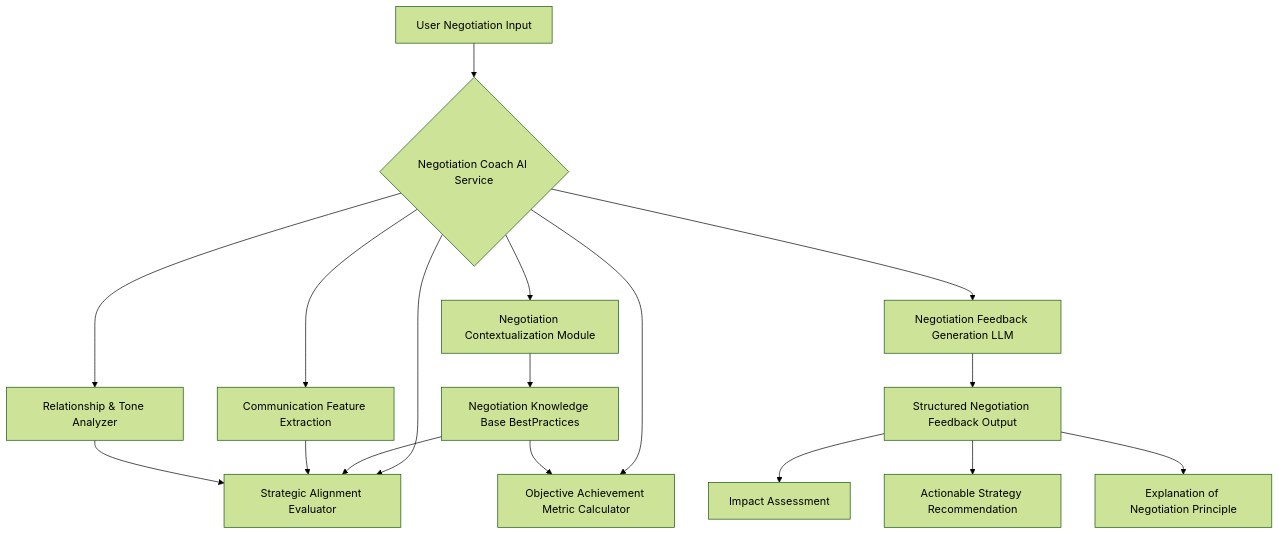
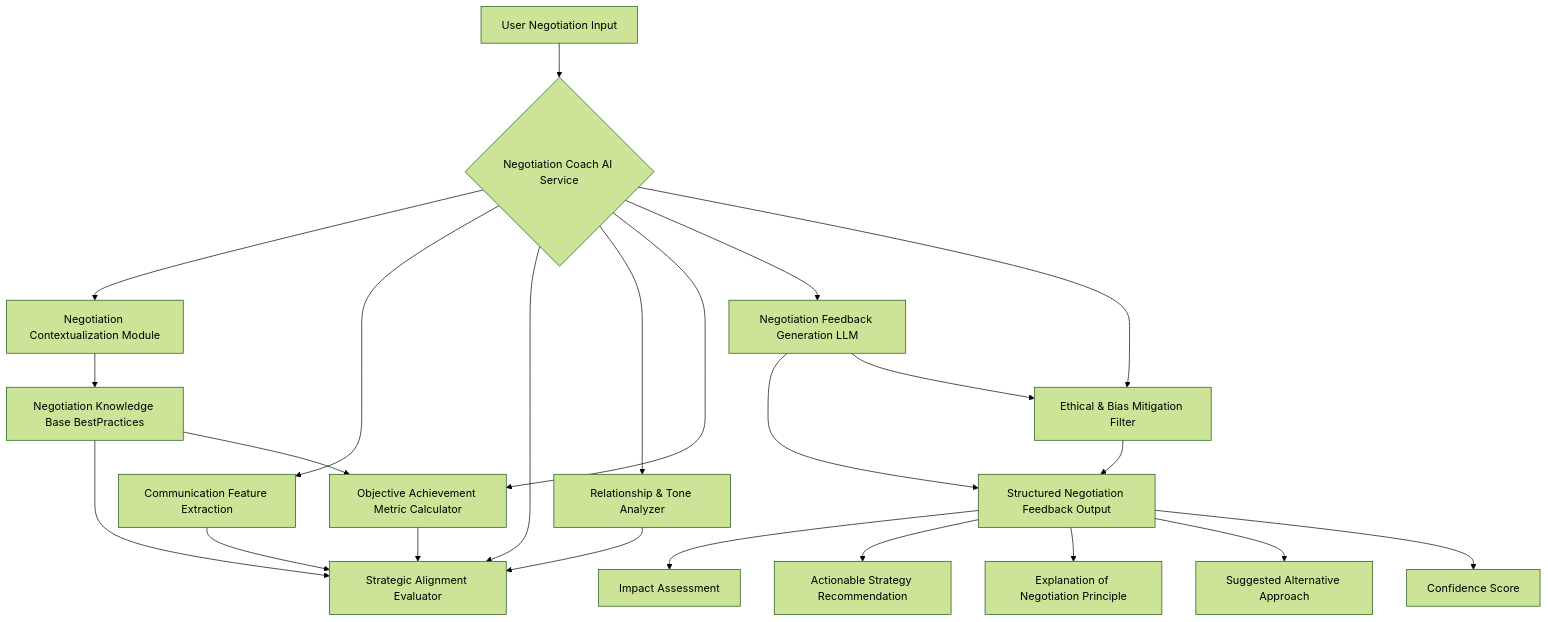
One commit to diplomat-bit/Citibank_Demo_Business_Inc_Demonstration- changed the fourth of 10 diagrams in inventions/inventions/020_adaptive_negotiation_training_simulation.md. Above: the diagram before and after it, drawn with Mermaid (forest theme). The commit also changed other lines of this file, not shown here.

````diff
--- a/inventions/inventions/020_adaptive_negotiation_training_simulation.md
+++ b/inventions/inventions/020_adaptive_negotiation_training_simulation.md
@@ -133,19 +152,25 @@
 ```mermaid
 graph TD
     A[User Negotiation Input] --> B{Negotiation Coach AI Service}
     B --> C[Negotiation Contextualization Module]
     B --> D[Communication Feature Extraction]
     B --> E[Strategic Alignment Evaluator]
     B --> F[Relationship & Tone Analyzer]
     B --> G[Objective Achievement Metric Calculator]
     C --> NKBBP[Negotiation Knowledge Base BestPractices]
     NKBBP --> E
     NKBBP --> G
     D --> E
     F --> E
+    G --> E
     B --> H[Negotiation Feedback Generation LLM]
     H --> I[Structured Negotiation Feedback Output]
     I --> J[Impact Assessment]
     I --> K[Actionable Strategy Recommendation]
     I --> L[Explanation of Negotiation Principle]
+    I --> M[Suggested Alternative Approach]
+    I --> N[Confidence Score]
+    B --> P[Ethical & Bias Mitigation Filter]
+    H --> P
+    P --> I
 ```
````
